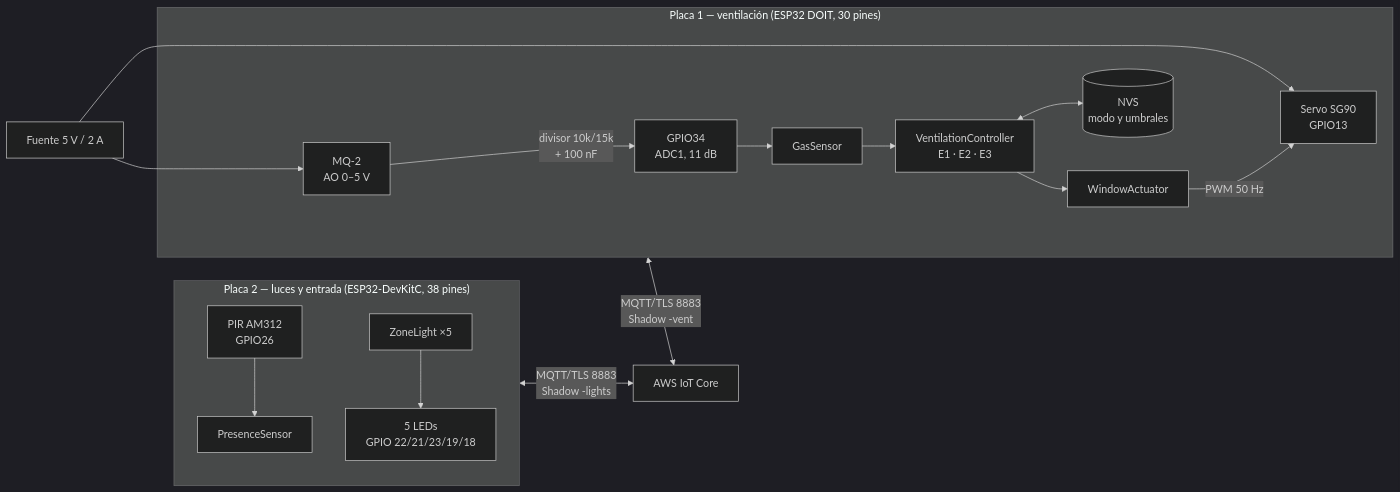
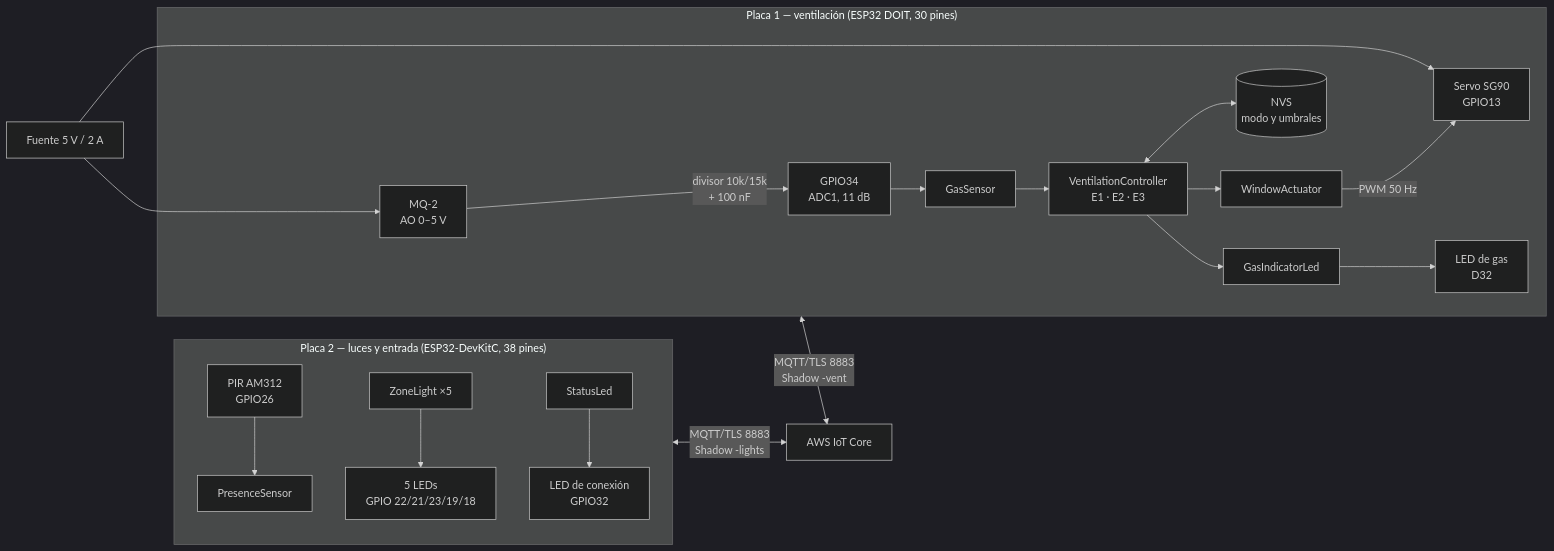
One commit to Andres004/FourthProject-AWS-IoT changed the first of 5 diagrams in Informe_P4.md. Above: the diagram before and after it, drawn with Mermaid (dark theme). The commit also changed other lines of this file and 14 other files, not shown here.

Commit message:
feat(vent): gas indicator LED on D32 and calibrated MQ-2 values (5340 mV, 15/8 %)

````diff
--- a/Informe_P4.md
+++ b/Informe_P4.md
@@ -170,19 +172,21 @@
 ```mermaid
 flowchart LR
     subgraph P1["Placa 1 — ventilación (ESP32 DOIT, 30 pines)"]
         MQ["MQ-2<br/>AO 0–5 V"] -->|"divisor 10k/15k<br/>+ 100 nF"| ADC["GPIO34<br/>ADC1, 11 dB"]
         ADC --> GS["GasSensor"]
         GS --> VC["VentilationController<br/>E1 · E2 · E3"]
         VC --> WA["WindowActuator"]
         WA -->|"PWM 50 Hz"| SV["Servo SG90<br/>GPIO13"]
         VC <--> NVS[("NVS<br/>modo y umbrales")]
+        VC --> GL["GasIndicatorLed"] --> LG["LED de gas<br/>D32"]
     end
     subgraph P2["Placa 2 — luces y entrada (ESP32-DevKitC, 38 pines)"]
         PIR["PIR AM312<br/>GPIO26"] --> PS["PresenceSensor"]
         ZL["ZoneLight ×5"] --> LED["5 LEDs<br/>GPIO 22/21/23/19/18"]
+        ST["StatusLed"] --> LS["LED de conexión<br/>GPIO32"]
     end
     FUENTE["Fuente 5 V / 2 A"] --> MQ
     FUENTE --> SV
     P1 <-->|"MQTT/TLS 8883<br/>Shadow -vent"| AWS["AWS IoT Core"]
     P2 <-->|"MQTT/TLS 8883<br/>Shadow -lights"| AWS
 ```
````
